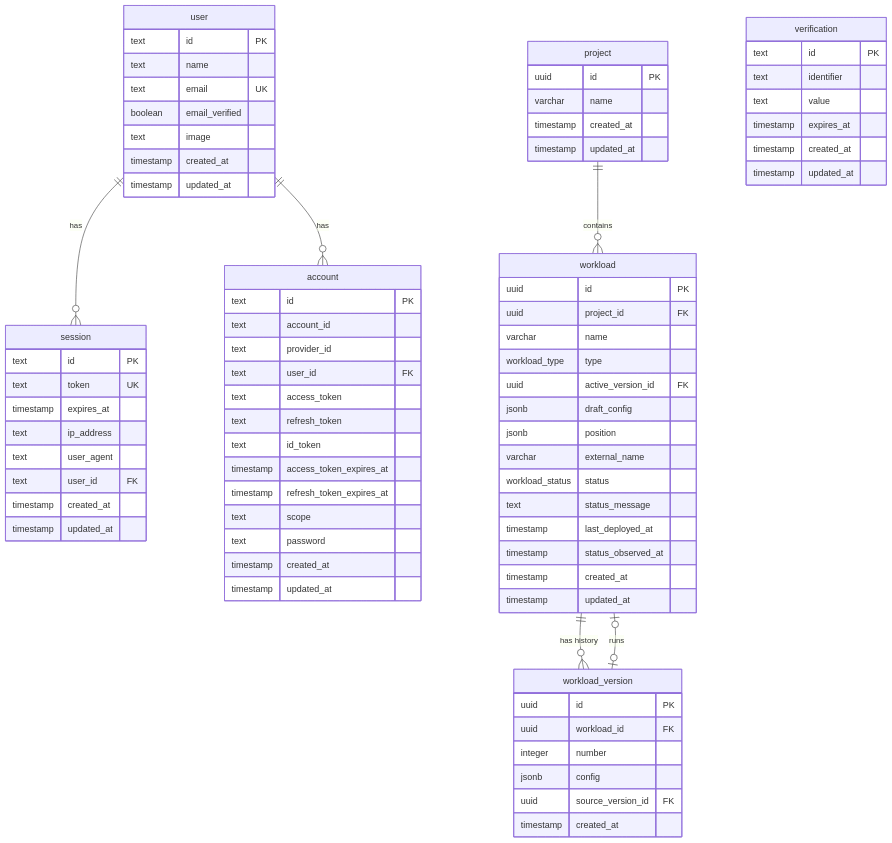
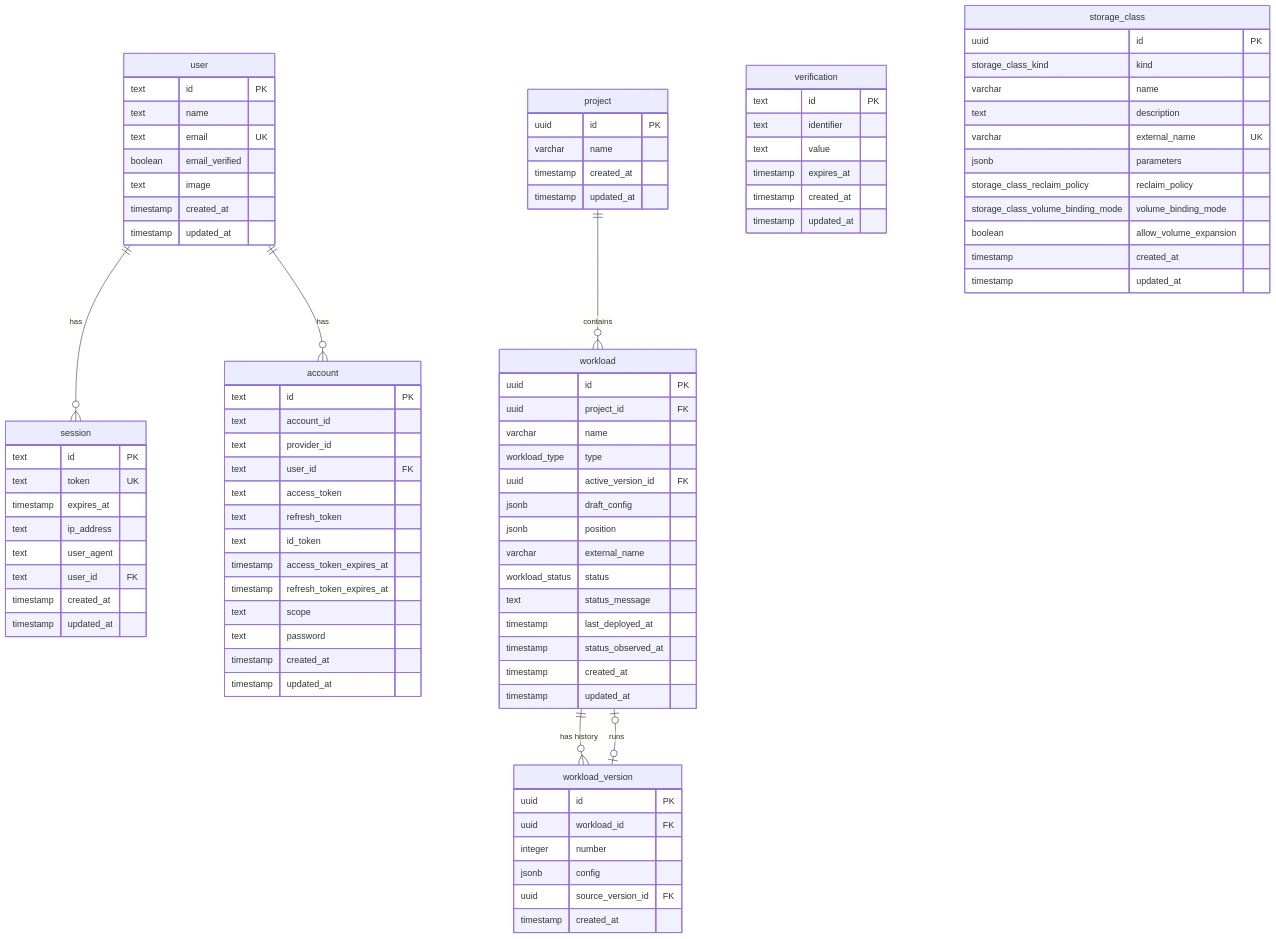
One commit to acceleratio-cloud/core changed the diagram in docs/DATABASE.md. Above: the diagram before and after it, drawn with Mermaid. The commit also changed other lines of this file and 31 other files, not shown here.

````diff
--- a/docs/DATABASE.md
+++ b/docs/DATABASE.md
@@ -103,5 +103,17 @@
         jsonb config
         uuid source_version_id FK
         timestamp created_at
+    }    storage_class {
+        uuid id PK
+        storage_class_kind kind
+        varchar name
+        text description
+        varchar external_name UK
+        jsonb parameters
+        storage_class_reclaim_policy reclaim_policy
+        storage_class_volume_binding_mode volume_binding_mode
+        boolean allow_volume_expansion
+        timestamp created_at
+        timestamp updated_at
     }
 ```
````
